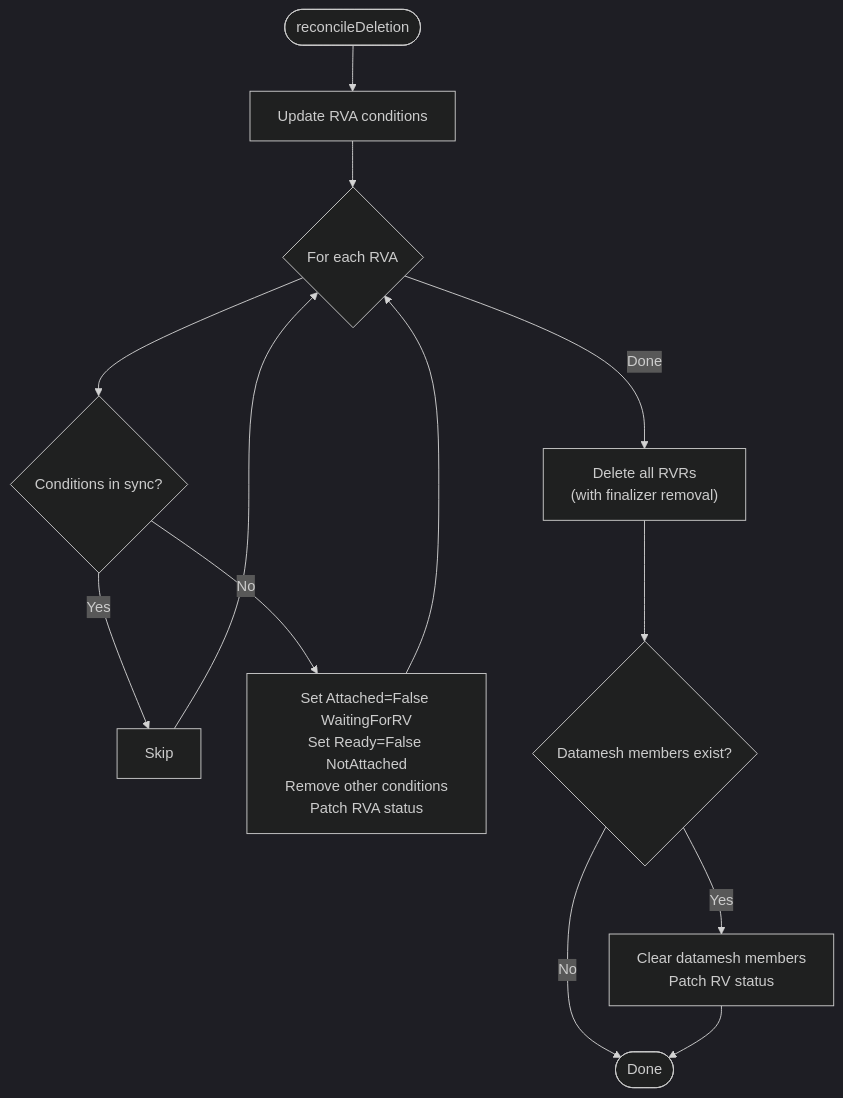
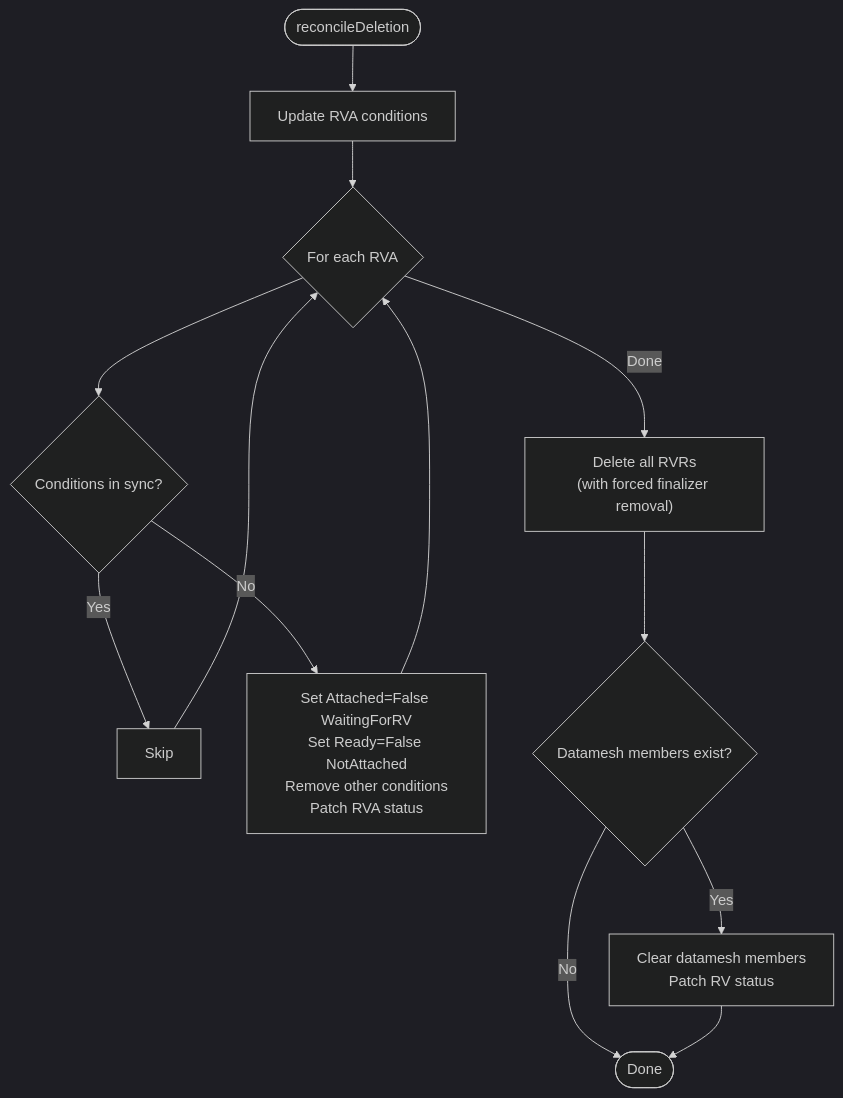
One commit to deckhouse/sds-replicated-volume changed the third of 8 diagrams in images/controller/internal/controllers/rv_controller/README.md. Above: the diagram before and after it, drawn with Mermaid (dark theme). The commit also changed other lines of this file and 3 other files, not shown here.

````diff
--- a/images/controller/internal/controllers/rv_controller/README.md
+++ b/images/controller/internal/controllers/rv_controller/README.md
@@ -294,17 +307,17 @@
 ```mermaid
 flowchart TD
     Start([reconcileDeletion]) --> UpdateRVAs[Update RVA conditions]
     UpdateRVAs --> LoopRVA{"For each RVA"}
     LoopRVA --> CheckRVASync{Conditions in sync?}
     CheckRVASync -->|Yes| SkipRVA[Skip]
     CheckRVASync -->|No| PatchRVA["Set Attached=False WaitingForRV<br/>Set Ready=False NotAttached<br/>Remove other conditions<br/>Patch RVA status"]
 
     SkipRVA --> LoopRVA
     PatchRVA --> LoopRVA
 
-    LoopRVA -->|Done| DeleteRVRs["Delete all RVRs<br/>(with finalizer removal)"]
+    LoopRVA -->|Done| DeleteRVRs["Delete all RVRs<br/>(with forced finalizer removal)"]
     DeleteRVRs --> CheckMembers{Datamesh members exist?}
     CheckMembers -->|Yes| ClearMembers["Clear datamesh members<br/>Patch RV status"]
     CheckMembers -->|No| End([Done])
     ClearMembers --> End
 ```
````
